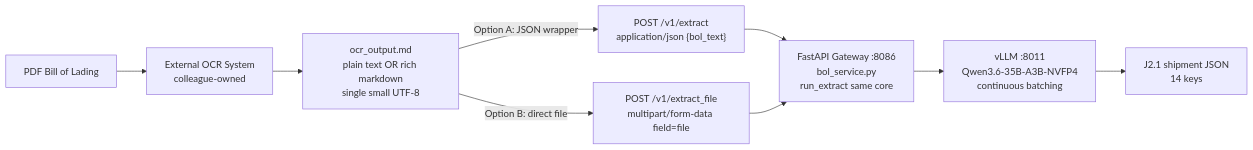
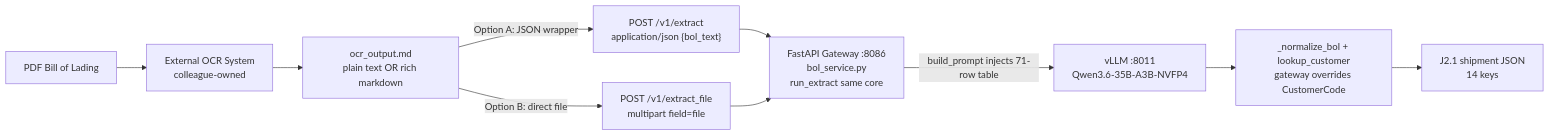
Before and after one commit to CholenM/MDPL-Bill-Of-Lading: the diagram in implementation.md, drawn with Mermaid. The commit also changed other lines of this file and 6 other files, not shown here.

Commit message:
customer-table-added

````diff
--- a/implementation.md
+++ b/implementation.md
@@ -40,11 +41,12 @@
 ```mermaid
 flowchart LR
     PDF[PDF Bill of Lading] --> OCR[External OCR System<br/>colleague-owned]
-    OCR --> MD["ocr_output.md<br/>plain text OR rich markdown<br/>single small UTF-8"]
+    OCR --> MD["ocr_output.md<br/>plain text OR rich markdown"]
     MD -->|Option A: JSON wrapper| JSON["POST /v1/extract<br/>application/json {bol_text}"]
-    MD -->|Option B: direct file| FILE["POST /v1/extract_file<br/>multipart/form-data field=file"]
+    MD -->|Option B: direct file| FILE["POST /v1/extract_file<br/>multipart field=file"]
     JSON --> GW["FastAPI Gateway :8086<br/>bol_service.py<br/>run_extract same core"]
     FILE --> GW
-    GW --> VLLM["vLLM :8011<br/>Qwen3.6-35B-A3B-NVFP4<br/>continuous batching"]
-    VLLM --> OUT["J2.1 shipment JSON<br/>14 keys"]
+    GW -->|build_prompt injects 71-row table| VLLM["vLLM :8011<br/>Qwen3.6-35B-A3B-NVFP4"]
+    VLLM --> NORM["_normalize_bol + lookup_customer<br/>gateway overrides CustomerCode"]
+    NORM --> OUT["J2.1 shipment JSON<br/>14 keys"]
 ```
````
